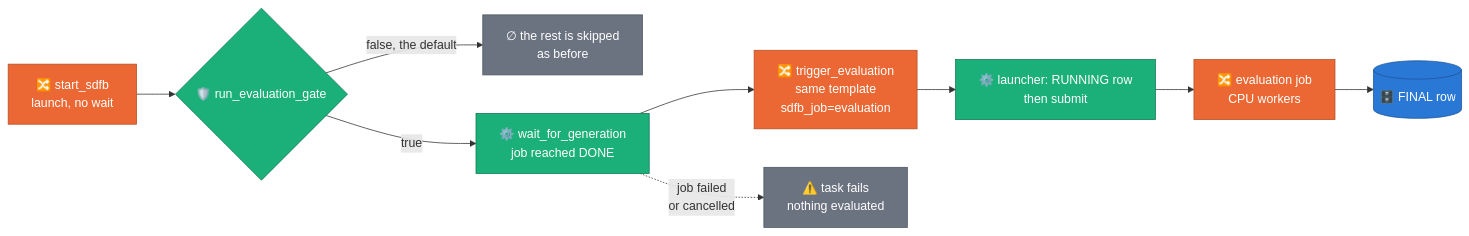
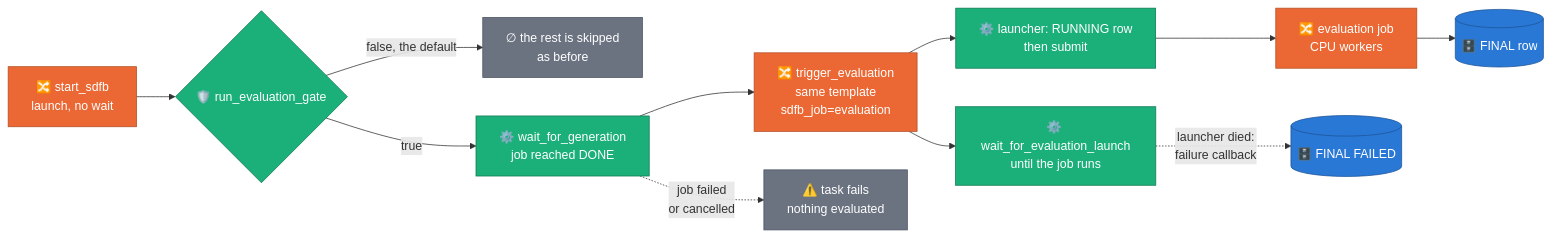
Diagram 31 of 33 in docs/designs/2026-07-07-evaluation-framework-design.md (albertols/synthetic-llm-dataflow-bigquery), drawn with Mermaid before and after one commit. The commit also changed other lines of this file and 7 other files, not shown here.

````diff
--- a/docs/designs/2026-07-07-evaluation-framework-design.md
+++ b/docs/designs/2026-07-07-evaluation-framework-design.md
@@ -2388,14 +2388,16 @@
 ```mermaid
 flowchart LR
   classDef beam  fill:#eb6834,color:#fff,stroke:#b44f26
   classDef cpu   fill:#1baf7a,color:#fff,stroke:#127a55
   classDef store fill:#2a78d6,color:#fff,stroke:#1d5599
   classDef data  fill:#6b7280,color:#fff,stroke:#4b5563
 
   S["🔀 start_sdfb<br/>launch, no wait"]:::beam --> G{"🛡️ run_evaluation_gate"}:::cpu
   G -- "false, the default" --> X["∅ the rest is skipped<br/>as before"]:::data
   G -- "true" --> W["⚙️ wait_for_generation<br/>job reached DONE"]:::cpu
   W --> T["🔀 trigger_evaluation<br/>same template<br/>sdfb_job=evaluation"]:::beam
   T --> L["⚙️ launcher: RUNNING row<br/>then submit"]:::cpu --> JOB["🔀 evaluation job<br/>CPU workers"]:::beam --> FIN[("🗄️ FINAL row")]:::store
+  T --> WL["⚙️ wait_for_evaluation_launch<br/>until the job runs"]:::cpu
+  WL -. "launcher died:<br/>failure callback" .-> FAILED[("🗄️ FINAL FAILED")]:::store
   W -. "job failed<br/>or cancelled" .-> F["⚠️ task fails<br/>nothing evaluated"]:::data
 ```
````
